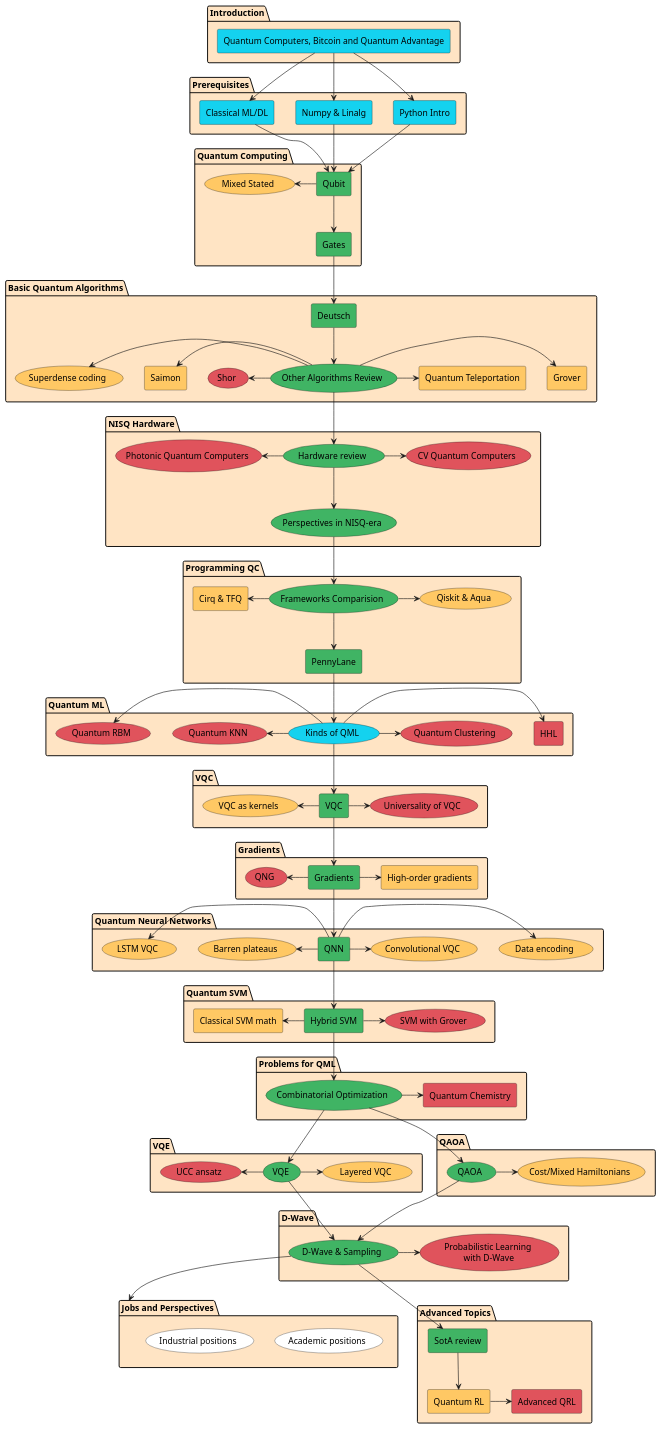
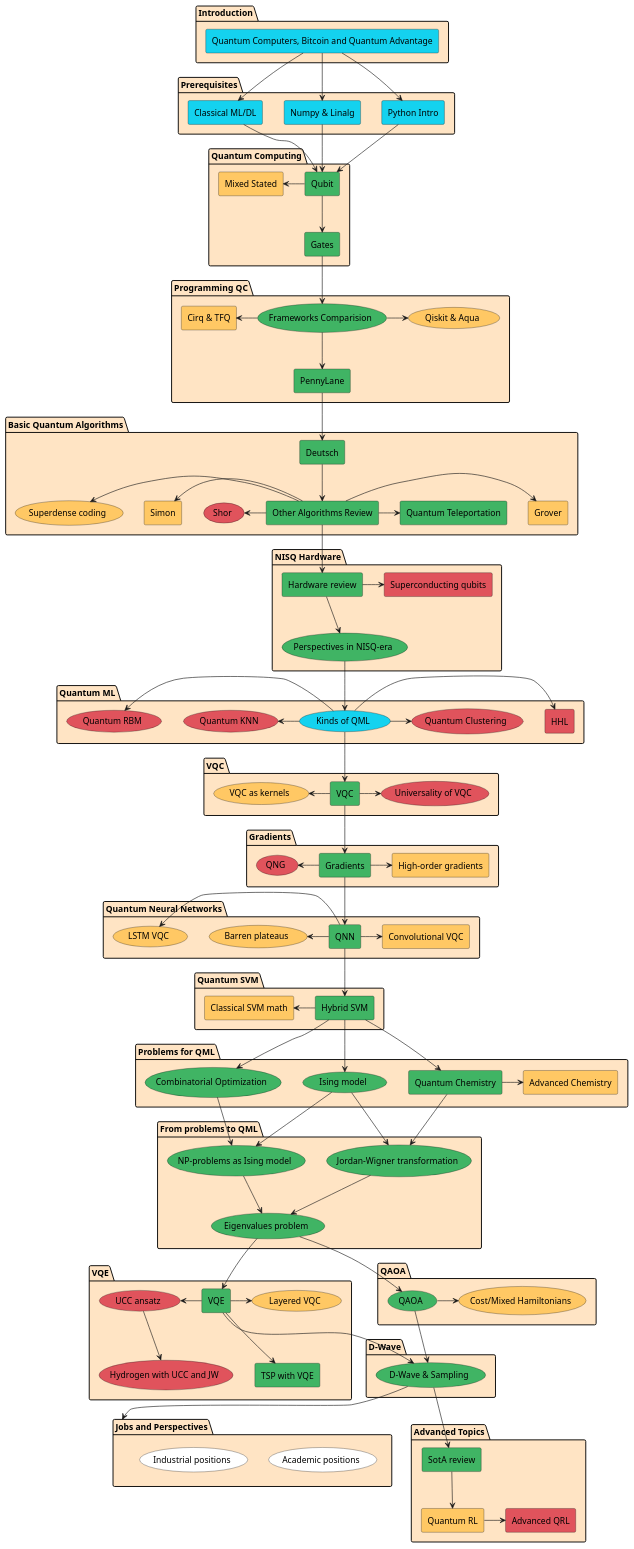
The diagram in qmlcourseRU/_static/index/program.plantuml (quantum-ods/qmlcourse), drawn with PlantUML before and after one commit. The commit also changed 38 other files, not shown here.

```diff
--- a/qmlcourseRU/_static/index/program.plantuml
+++ b/qmlcourseRU/_static/index/program.plantuml
@@ -1,182 +1,197 @@
 @startuml
 package "Introduction" #Bisque {
         rectangle "Quantum Computers, Bitcoin and Quantum Advantage" as intro1 #14D2EF
 }
 
 package "Prerequisites" #Bisque {
         rectangle "Python Intro" as python #14D2EF
         rectangle "Numpy & Linalg" as numpy #14D2EF
         rectangle "Classical ML/DL" as ml #14D2EF
 }
 
 package "Quantum Computing" as qci #Bisque {
         rectangle "Qubit" as qubit #40B464
         rectangle "Gates" as gates #40B464
-        usecase "Mixed Stated" as mixed #FFC864
+        rectangle "Mixed Stated" as mixed #FFC864
 }
 
 package "Basic Quantum Algorithms" as qalgo #Bisque {
         rectangle "Deutsch" as deutsch #40B464
-        usecase "Other Algorithms Review" as advanced_algos #40B464
+        rectangle "Other Algorithms Review" as advanced_algos #40B464
         rectangle "Grover" as grover #FFC864
-        rectangle "Quantum Teleportation" as qtp #FFC864
-        rectangle "Saimon" as saimon #FFC864
+        rectangle "Quantum Teleportation" as qtp #40B464
+        rectangle "Simon" as saimon #FFC864
         usecase "Shor" as shor #E0535C
         usecase "Superdense coding" as superdense_coding #FFC864
 }
 
 package "NISQ Hardware" #Bisque {
-        usecase "Hardware review" as review #40B464
+        rectangle "Hardware review" as review #40B464
         usecase "Perspectives in NISQ-era" as nisq #40B464
-        usecase "Photonic Quantum Computers" as photonic #E0535C
-        usecase "CV Quantum Computers" as cvq #E0535C
+        rectangle "Superconducting qubits" as schard #E0535C
 }
 
 package "Programming QC" #Bisque {
         usecase "Frameworks Comparision" as progcomparision #40B464
         rectangle "PennyLane" as pennylane #40B464
         usecase "Qiskit & Aqua" as qiskit #FFC864
         rectangle "Cirq & TFQ" as cirq #FFC864
 }
 
 package "Quantum ML" #Bisque {
         usecase "Kinds of QML" as qml_general #14D2EF
         rectangle "HHL" as hhl #E0535C
         usecase "Quantum KNN" as qknn #E0535C
         usecase "Quantum Clustering" as qclustering #E0535C
         usecase "Quantum RBM" as qrbm #E0535C
 }
 
 package "VQC" #Bisque {
         rectangle "VQC" as vqc #40B464
         usecase "VQC as kernels" as kernelvqc #FFC864
         usecase "Universality of VQC" as univvqc #E0535C
 }
 
 package "Gradients" #Bisque {
         rectangle "Gradients" as grad #40B464
         rectangle "High-order gradients" as hograd #FFC864
         usecase "QNG" as qng #E0535C
 }
 
 package "Quantum Neural Networks" #Bisque {
         rectangle "QNN" as qnn #40B464
         usecase "Barren plateaus" as barren #FFC864
-        usecase "Data encoding" as encoding #FFC864
-        usecase "Convolutional VQC" as convvqc #FFC864
+        rectangle "Convolutional VQC" as convvqc #FFC864
         usecase "LSTM VQC" as lstm #FFC864
 }
 
 package "Quantum SVM" #Bisque {
         rectangle "Hybrid SVM" as hsvm #40B464
         rectangle "Classical SVM math" as csvm #FFC864
-        usecase "SVM with Grover" as gsvm #E0535C
 }
 
 package "Problems for QML" #Bisque {
+        usecase "Ising model" as ising #40B464
         usecase "Combinatorial Optimization" as copt #40B464
-        rectangle "Quantum Chemistry" as qchem #E0535C
+        rectangle "Quantum Chemistry" as qchem #40B464
+        rectangle "Advanced Chemistry" as aqchem #FFC864
+}
+
+package "From problems to QML" #Bisque {
+        usecase "NP-problems as Ising model" as npising #40B464
+        usecase "Jordan-Wigner transformation" as jordan #40B464
+        usecase "Eigenvalues problem" as eigenvals #40B464
 }
 
 package "VQE" #Bisque {
-        usecase "VQE" as vqe #40B464
+        rectangle "VQE" as vqe #40B464
+        rectangle "TSP with VQE" as tspvqe #40B464
         usecase "Layered VQC" as lvqe #FFC864
-        usecase "UCC ansatz" as uuc #E0535C
+        usecase "UCC ansatz" as ucc #E0535C
+        usecase "Hydrogen with UCC and JW" as hucc #E0535C
 }
 
 package "QAOA" #Bisque {
         usecase "QAOA" as qaoa #40B464
         usecase "Cost/Mixed Hamiltonians" as hams #FFC864
 }
 
 package "D-Wave" #Bisque {
         usecase "D-Wave & Sampling" as dwave #40B464
-        usecase "Probabilistic Learning\n with D-Wave" as probml #E0535C
 }
 
 package "Jobs and Perspectives" as jobs #Bisque {
         usecase "Academic positions" as academic #White
         usecase "Industrial positions" as industrial #White
 }
 
 package "Advanced Topics" as adv #Bisque {
         rectangle "SotA review" as sota #40B464
         rectangle "Quantum RL" as qrl #FFC864
         rectangle "Advanced QRL" as aqrl #E0535C
 }
 
 intro1 --> python
 intro1 --> numpy
 intro1 --> ml
 
 python --> qubit
 numpy --> qubit
 ml --> qubit
 
 qubit --> gates
 mixed <- qubit
-gates --> deutsch
+
+gates --> progcomparision
+progcomparision --> pennylane
+cirq <- progcomparision
+progcomparision -> qiskit
+
+pennylane --> deutsch
 
 deutsch --> advanced_algos
 advanced_algos -> grover
 shor <- advanced_algos
 advanced_algos -> qtp
 saimon <- advanced_algos
 superdense_coding <- advanced_algos
 
 advanced_algos --> review
 review --> nisq
-photonic <- review
-review -> cvq
+review -> schard
 
-nisq --> progcomparision
-progcomparision --> pennylane
-cirq <- progcomparision
-progcomparision -> qiskit
-
-pennylane --> qml_general
+nisq --> qml_general
 
 qml_general -> hhl
 qknn <- qml_general
 qml_general -> qclustering
 qrbm <- qml_general
 
 qml_general --> vqc
 kernelvqc <- vqc
 vqc -> univvqc
 
 vqc --> grad
 qng <- grad
 grad -> hograd
 
 grad --> qnn
 barren <- qnn
-qnn -> encoding
 lstm <- qnn
 qnn -> convvqc
 
 qnn --> hsvm
 csvm <- hsvm
-hsvm -> gsvm
 
+hsvm --> ising
 hsvm --> copt
-copt -> qchem
+hsvm --> qchem
+qchem -> aqchem
+qchem --> jordan
+ising --> npising
+ising --> jordan
+copt --> npising
 
-copt --> vqe
-uuc <- vqe
+npising --> eigenvals
+jordan --> eigenvals
+
+eigenvals --> vqe
+eigenvals --> qaoa
+
+ucc <- vqe
+ucc --> hucc
 vqe -> lvqe
+vqe --> tspvqe
 
-copt --> qaoa
 qaoa -> hams
 
 qaoa --> dwave
 vqe --> dwave
-dwave -> probml
 
 dwave --> jobs
 
 dwave --> sota
 sota --> qrl
 qrl -> aqrl
 
 @enduml
```
